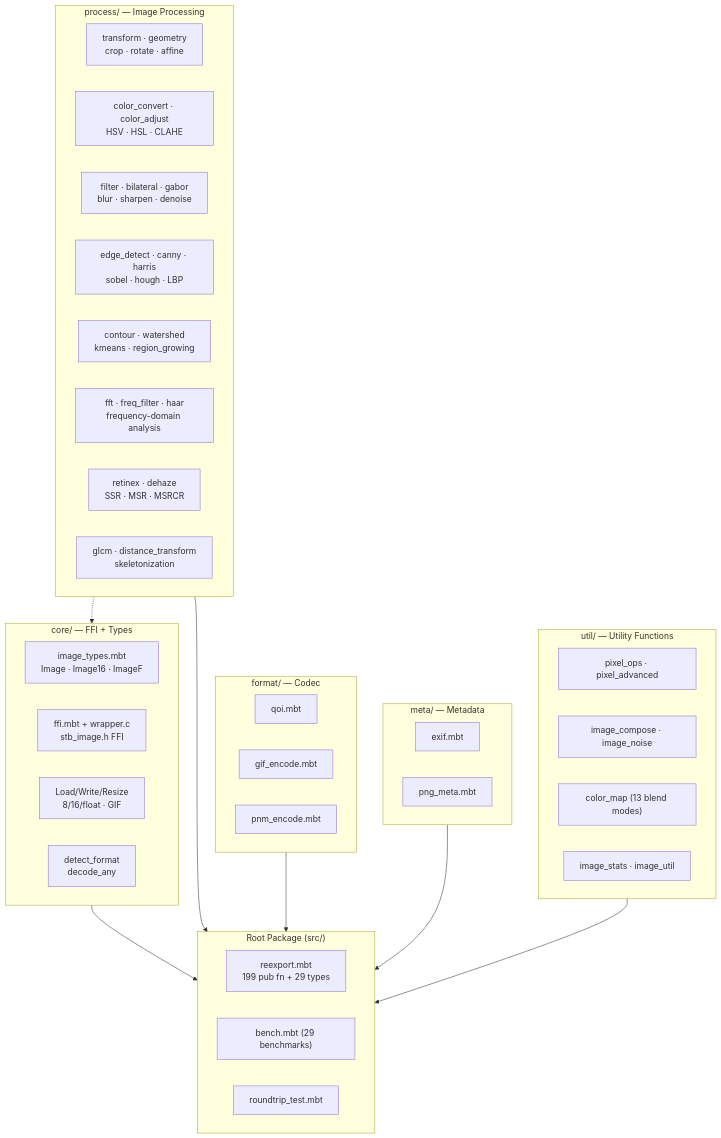
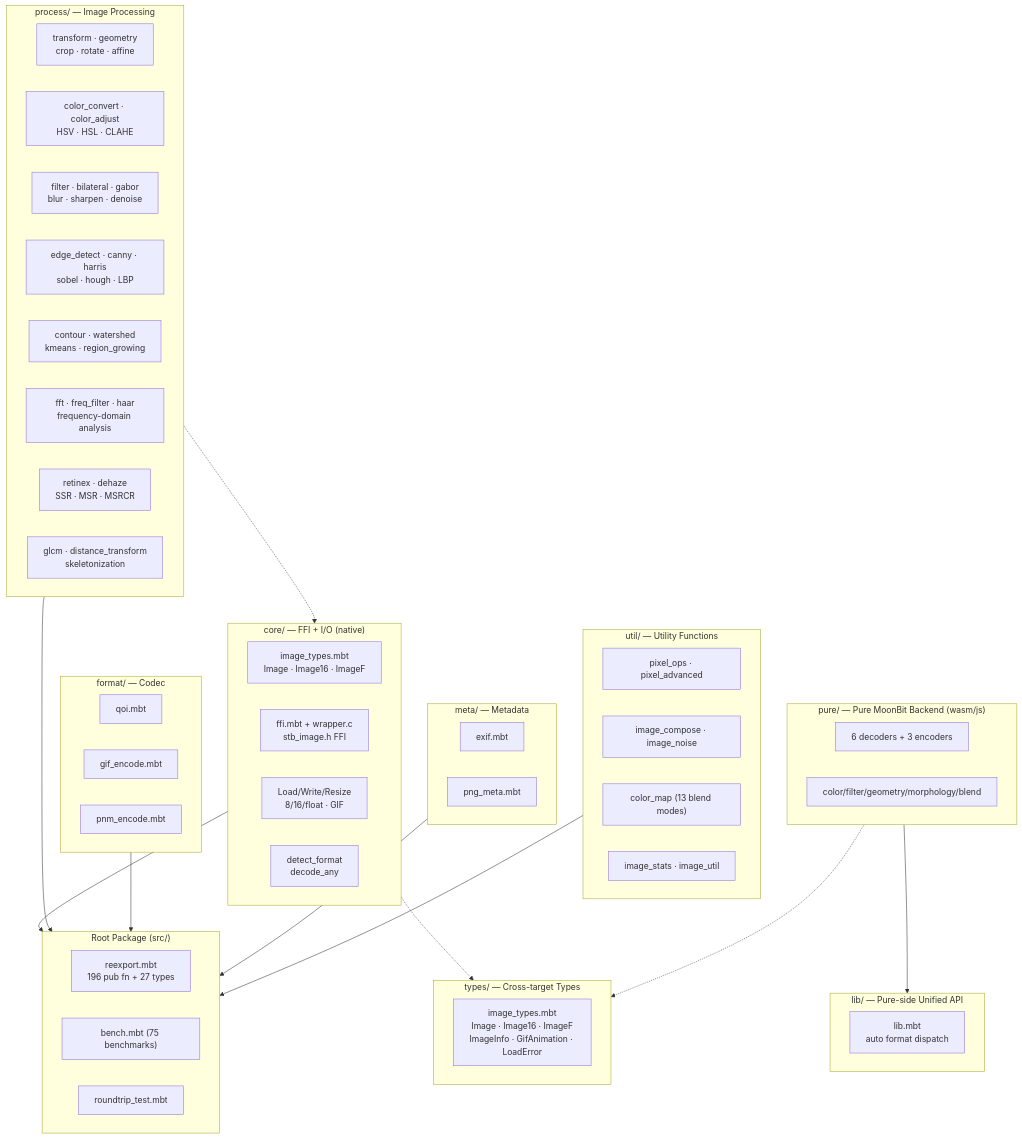
One commit to toadium/stb-image changed the second of 14 diagrams in ARCHITECTURE.en.md. Above: the diagram before and after it, drawn with Mermaid. The commit also changed other lines of this file and 6 other files, not shown here.

````diff
--- a/ARCHITECTURE.en.md
+++ b/ARCHITECTURE.en.md
@@ -74,51 +74,67 @@
 ```mermaid
 flowchart TB
     subgraph Root["Root Package (src/)"]
-        RE["reexport.mbt<br/>199 pub fn + 29 types"]
-        Bench["bench.mbt (29 benchmarks)"]
+        RE["reexport.mbt<br/>196 pub fn + 27 types"]
+        Bench["bench.mbt (75 benchmarks)"]
         RT["roundtrip_test.mbt"]
     end
 
-    subgraph Core["core/ — FFI + Types"]
+    subgraph TypesPkg["types/ — Cross-target Types"]
+        TypeDef["image_types.mbt<br/>Image · Image16 · ImageF<br/>ImageInfo · GifAnimation · LoadError"]
+    end
+
+    subgraph Core["core/ — FFI + I/O (native)"]
         Types["image_types.mbt<br/>Image · Image16 · ImageF"]
         FFI["ffi.mbt + wrapper.c<br/>stb_image.h FFI"]
         Load["Load/Write/Resize<br/>8/16/float · GIF"]
         Detect["detect_format<br/>decode_any"]
     end
 
     subgraph Process["process/ — Image Processing"]
         Transform["transform · geometry<br/>crop · rotate · affine"]
         Color["color_convert · color_adjust<br/>HSV · HSL · CLAHE"]
         Filter["filter · bilateral · gabor<br/>blur · sharpen · denoise"]
         Edge["edge_detect · canny · harris<br/>sobel · hough · LBP"]
         Segment["contour · watershed<br/>kmeans · region_growing"]
         Freq["fft · freq_filter · haar<br/>frequency-domain analysis"]
         Retinex["retinex · dehaze<br/>SSR · MSR · MSRCR"]
         Texture["glcm · distance_transform<br/>skeletonization"]
     end
 
     subgraph Format["format/ — Codec"]
         QOI["qoi.mbt"]
         GIF["gif_encode.mbt"]
         PNM["pnm_encode.mbt"]
     end
 
     subgraph Meta["meta/ — Metadata"]
         EXIF["exif.mbt"]
         PNGMeta["png_meta.mbt"]
     end
 
     subgraph Util["util/ — Utility Functions"]
         PixelOps["pixel_ops · pixel_advanced"]
         Compose["image_compose · image_noise"]
         Blend["color_map (13 blend modes)"]
         Stats["image_stats · image_util"]
     end
 
+    subgraph Pure["pure/ — Pure MoonBit Backend (wasm/js)"]
+        PureDec["6 decoders + 3 encoders"]
+        PureProc["color/filter/geometry/morphology/blend"]
+    end
+
+    subgraph Lib["lib/ — Pure-side Unified API"]
+        LibEntry["lib.mbt<br/>auto format dispatch"]
+    end
+
     Core --> Root
     Process --> Root
     Format --> Root
     Meta --> Root
     Util --> Root
+    Pure --> Lib
+    Core -.-> TypesPkg
+    Pure -.-> TypesPkg
     Process -.-> Core
 ```
````
